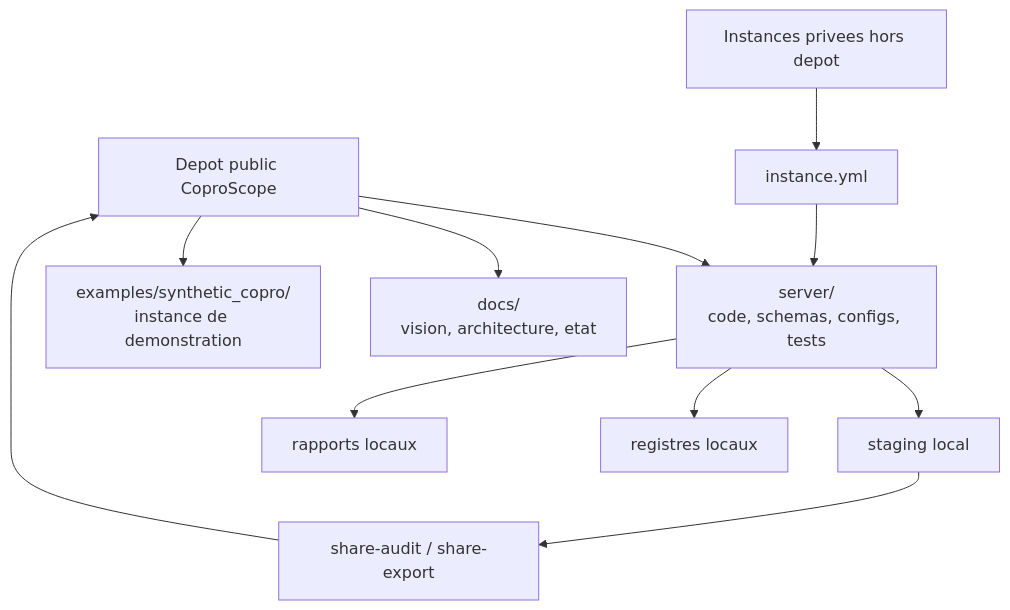
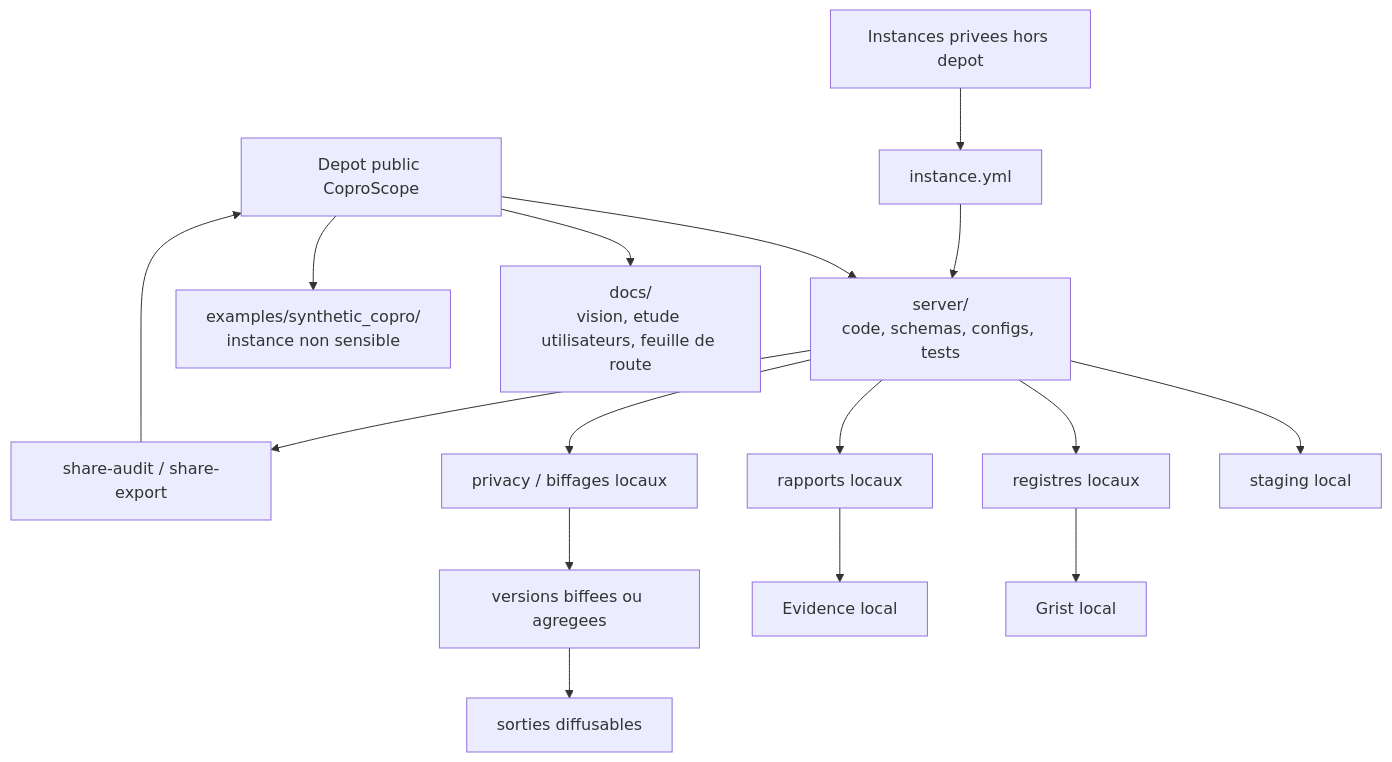
Before and after one commit to bthollet/CoproScope: the first of 2 diagrams in docs/architecture_et_flux.md, drawn with Mermaid. The commit also changed other lines of this file and 17 other files, not shown here.

Commit message:
docs: update user study and feuille de route

````diff
--- a/docs/architecture_et_flux.md
+++ b/docs/architecture_et_flux.md
@@ -17,16 +14,22 @@
 ```mermaid
 flowchart TB
     A["Depot public CoproScope"] --> B["server/<br/>code, schemas, configs, tests"]
-    A --> C["docs/<br/>vision, architecture, etat"]
-    A --> D["examples/synthetic_copro/<br/>instance de demonstration"]
+    A --> C["docs/<br/>vision, etude utilisateurs, feuille de route"]
+    A --> D["examples/synthetic_copro/<br/>instance non sensible"]
 
     E["Instances privees hors depot"] --> F["instance.yml"]
     F --> B
 
     B --> G["staging local"]
     B --> H["registres locaux"]
     B --> I["rapports locaux"]
+    B --> J["privacy / biffages locaux"]
 
-    G --> J["share-audit / share-export"]
-    J --> A
+    J --> K["versions biffees ou agregees"]
+    H --> L["Grist local"]
+    I --> M["Evidence local"]
+
+    K --> N["sorties diffusables"]
+    B --> O["share-audit / share-export"]
+    O --> A
 ```
````
